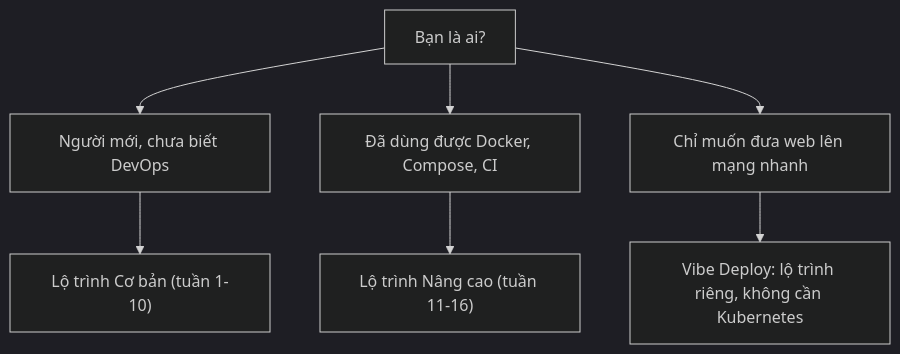
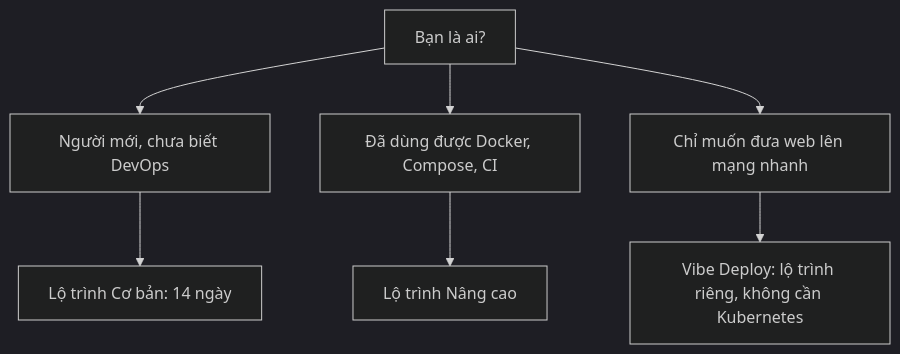
The diagram in curriculum/getting-started.md (TienNHM/devops-course), drawn with Mermaid (dark theme) before and after one commit. The commit also changed other lines of this file and 61 other files, not shown here.

````diff
--- a/curriculum/getting-started.md
+++ b/curriculum/getting-started.md
@@ -23,9 +22,9 @@
 ```mermaid
 flowchart TD
     A["Bạn là ai?"] --> B["Người mới, chưa biết DevOps"]
     A --> C["Đã dùng được Docker, Compose, CI"]
     A --> D["Chỉ muốn đưa web lên mạng nhanh"]
-    B --> E["Lộ trình Cơ bản (tuần 1-10)"]
-    C --> F["Lộ trình Nâng cao (tuần 11-16)"]
+    B --> E["Lộ trình Cơ bản: 14 ngày"]
+    C --> F["Lộ trình Nâng cao"]
     D --> G["Vibe Deploy: lộ trình riêng, không cần Kubernetes"]
 ```
````
